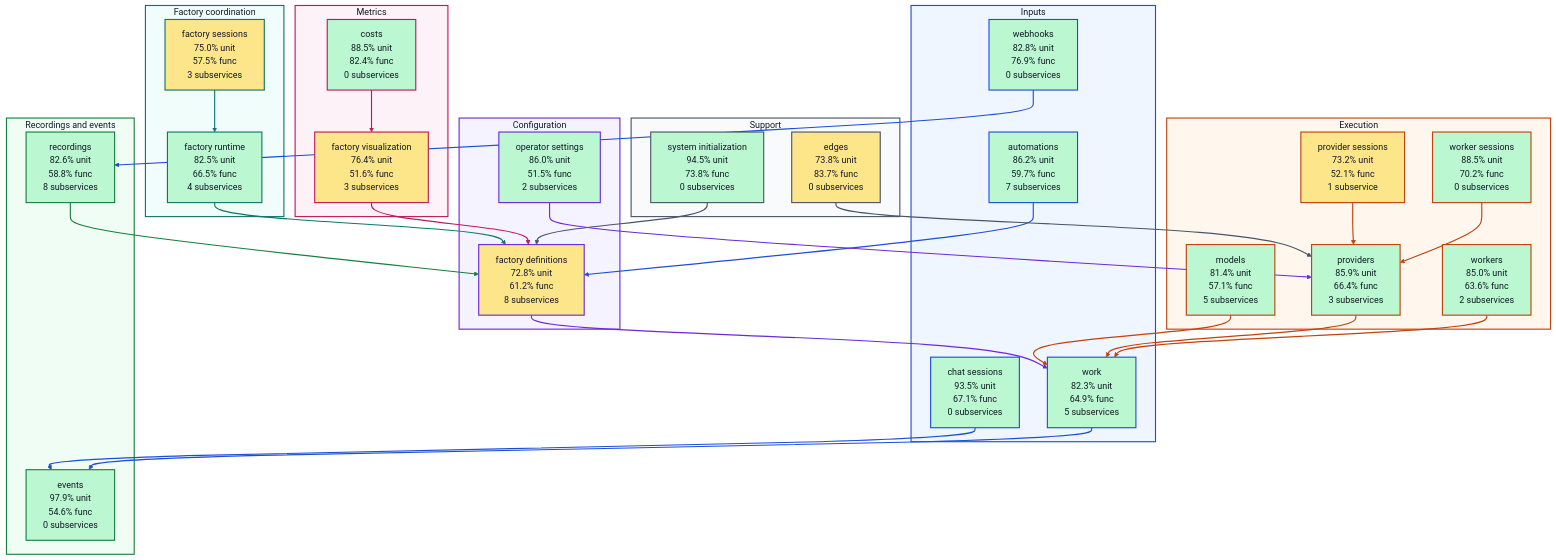
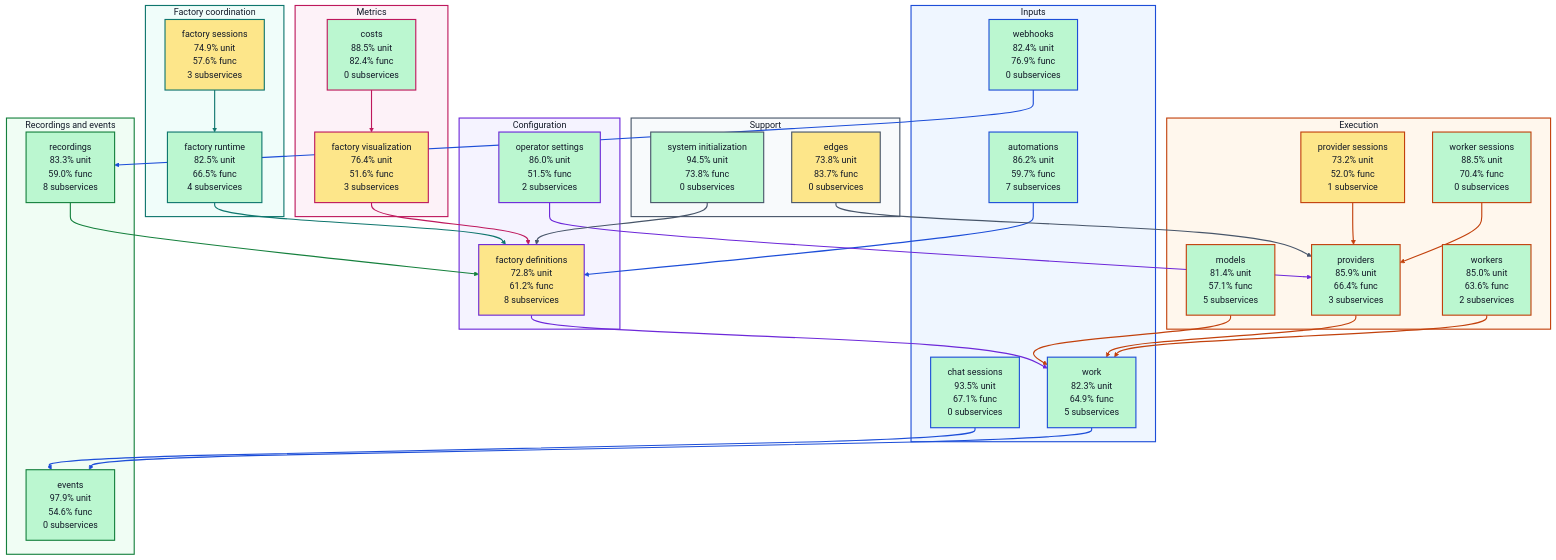
The diagram in docs/architecture/visualizations/high-level-test-coverage.md (portpowered/you-agent-factory), drawn with Mermaid before and after one commit. The commit also changed other lines of this file and 20 other files, not shown here.

Commit message:
docs: refresh backend architecture visualizations

```diff
--- a/docs/architecture/visualizations/high-level-test-coverage.md
+++ b/docs/architecture/visualizations/high-level-test-coverage.md
@@ -13,7 +13,7 @@
   subgraph input["Inputs"]
     s_services_automations["automations<br/>86.2% unit<br/>59.7% func<br/>7 subservices"]
     s_services_chat_sessions["chat sessions<br/>93.5% unit<br/>67.1% func<br/>0 subservices"]
-    s_services_webhooks["webhooks<br/>82.8% unit<br/>76.9% func<br/>0 subservices"]
+    s_services_webhooks["webhooks<br/>82.4% unit<br/>76.9% func<br/>0 subservices"]
     s_services_work["work<br/>82.3% unit<br/>64.9% func<br/>5 subservices"]
   end
   subgraph configuration["Configuration"]
@@ -22,18 +22,18 @@
   end
   subgraph coordination["Factory coordination"]
     s_services_factory_runtime["factory runtime<br/>82.5% unit<br/>66.5% func<br/>4 subservices"]
-    s_services_factory_sessions["factory sessions<br/>75.0% unit<br/>57.5% func<br/>3 subservices"]
+    s_services_factory_sessions["factory sessions<br/>74.9% unit<br/>57.6% func<br/>3 subservices"]
   end
   subgraph execution["Execution"]
     s_services_models["models<br/>81.4% unit<br/>57.1% func<br/>5 subservices"]
-    s_services_provider_sessions["provider sessions<br/>73.2% unit<br/>52.1% func<br/>1 subservice"]
+    s_services_provider_sessions["provider sessions<br/>73.2% unit<br/>52.0% func<br/>1 subservice"]
     s_services_providers["providers<br/>85.9% unit<br/>66.4% func<br/>3 subservices"]
-    s_services_worker_sessions["worker sessions<br/>88.5% unit<br/>70.2% func<br/>0 subservices"]
+    s_services_worker_sessions["worker sessions<br/>88.5% unit<br/>70.4% func<br/>0 subservices"]
     s_services_workers["workers<br/>85.0% unit<br/>63.6% func<br/>2 subservices"]
   end
   subgraph recordings["Recordings and events"]
     s_services_events["events<br/>97.9% unit<br/>54.6% func<br/>0 subservices"]
-    s_services_recordings["recordings<br/>82.6% unit<br/>58.8% func<br/>8 subservices"]
+    s_services_recordings["recordings<br/>83.3% unit<br/>59.0% func<br/>8 subservices"]
   end
   subgraph metrics["Metrics"]
     s_services_costs["costs<br/>88.5% unit<br/>82.4% func<br/>0 subservices"]
```
